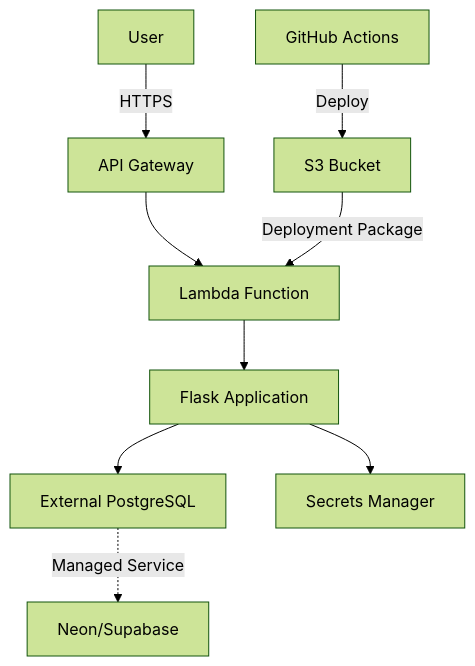
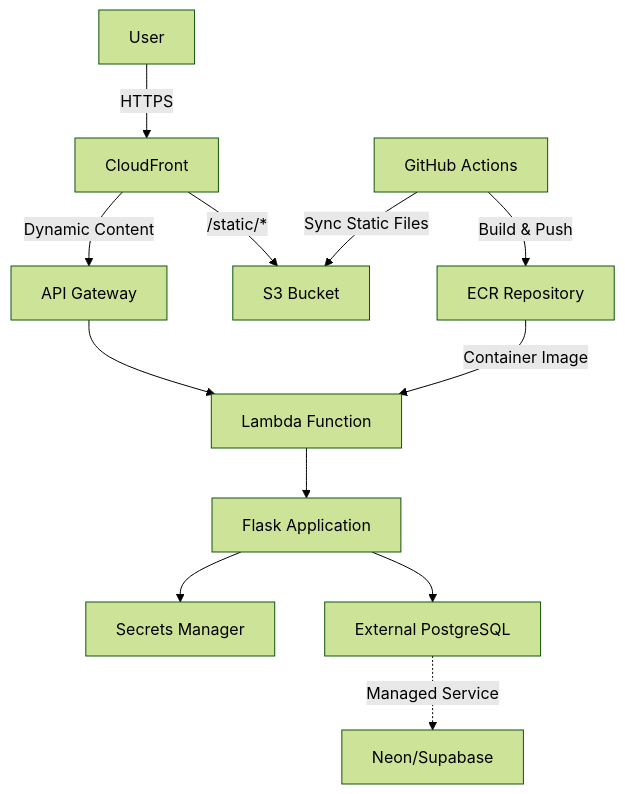
One commit to nivecher/meal-expense-tracker changed the diagram in docs/ARCHITECTURE.md. Above: the diagram before and after it, drawn with Mermaid (forest theme). The commit also changed other lines of this file and 46 other files, not shown here.

````diff
--- a/docs/ARCHITECTURE.md
+++ b/docs/ARCHITECTURE.md
@@ -8,11 +8,14 @@
 ```mermaid
 graph TD
-    A[User] -->|HTTPS| B[API Gateway]
-    B --> C[Lambda Function]
-    C --> D[Flask Application]
-    D --> E[External PostgreSQL]
-    D --> F[Secrets Manager]
-    G[GitHub Actions] -->|Deploy| H[S3 Bucket]
-    H -->|Deployment Package| C
-    E -.->|Managed Service| I[Neon/Supabase]
+    A[User] -->|HTTPS| B[CloudFront]
+    B -->|/static/*| C[S3 Bucket]
+    B -->|Dynamic Content| D[API Gateway]
+    D --> E[Lambda Function]
+    E --> F[Flask Application]
+    F --> G[External PostgreSQL]
+    F --> H[Secrets Manager]
+    I[GitHub Actions] -->|Build & Push| J[ECR Repository]
+    J -->|Container Image| E
+    I -->|Sync Static Files| C
+    G -.->|Managed Service| K[Neon/Supabase]
 ```
````
